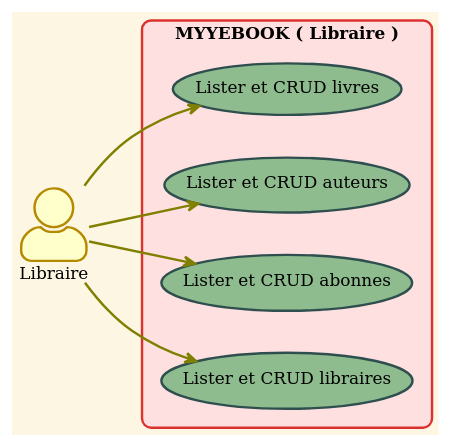
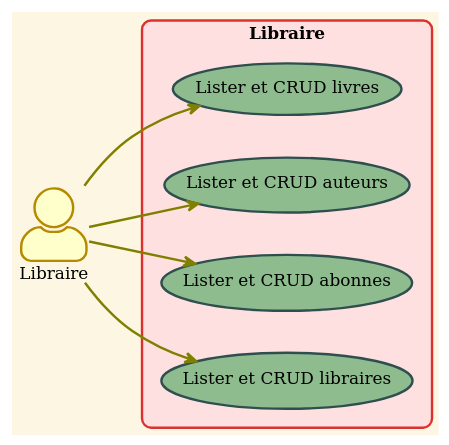
The fifth of 10 diagrams in slides.md (youcefmei/myyebookpresentation), drawn with PlantUML before and after one commit. The commit also changed other lines of this file and 11 other files, not shown here.

````diff
--- a/slides.md
+++ b/slides.md
@@ -137,36 +233,35 @@
 ```plantuml
 @startuml
 !theme sunlust
 ' !theme reddress-lightblue
 skinparam usecase {
 BackgroundColor DarkSeaGreen
 BorderColor DarkSlateGray
 
 BackgroundColor<< Main >> YellowGreen
 BorderColor<< Main >> YellowGreen
 
 ArrowColor Olive
 ActorBorderColor black
 ActorFontName Courier
 
 ' ActorBackgroundColor<< Human >> DarkSeaGreen
 }
 
 
 left to right direction
 actor Libraire as l
-rectangle "MYYEBOOK ( Libraire )" {
+rectangle "Libraire" {
   usecase "Lister et CRUD livres" as UC_crud_livre
   usecase "Lister et CRUD auteurs" as UC_crud_auteur
   usecase "Lister et CRUD abonnes" as UC_crud_abonne
   usecase "Lister et CRUD libraires" as UC_crud_libraire
 }
 l --> UC_crud_livre
 l --> UC_crud_auteur
 l --> UC_crud_abonne
 l --> UC_crud_libraire
 
 
 @enduml
-
 ```
````
